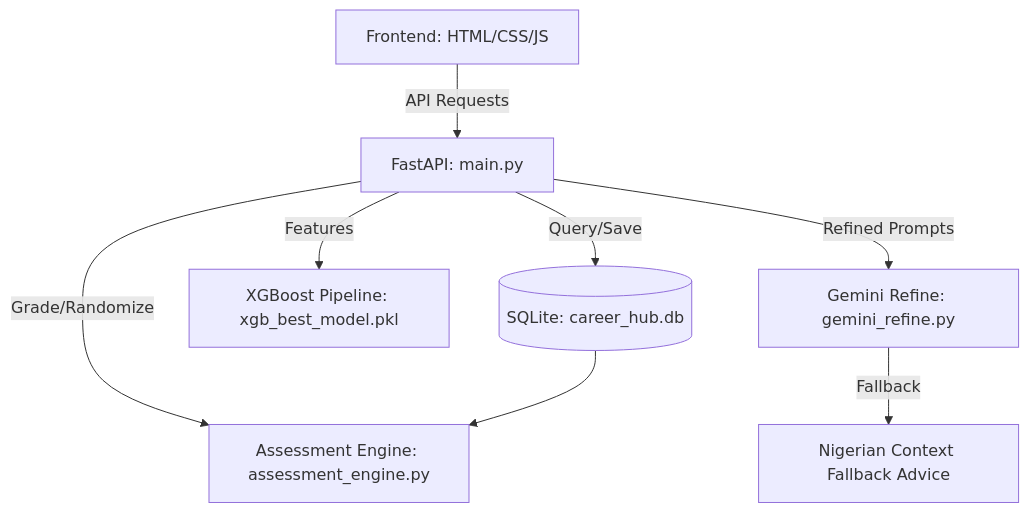
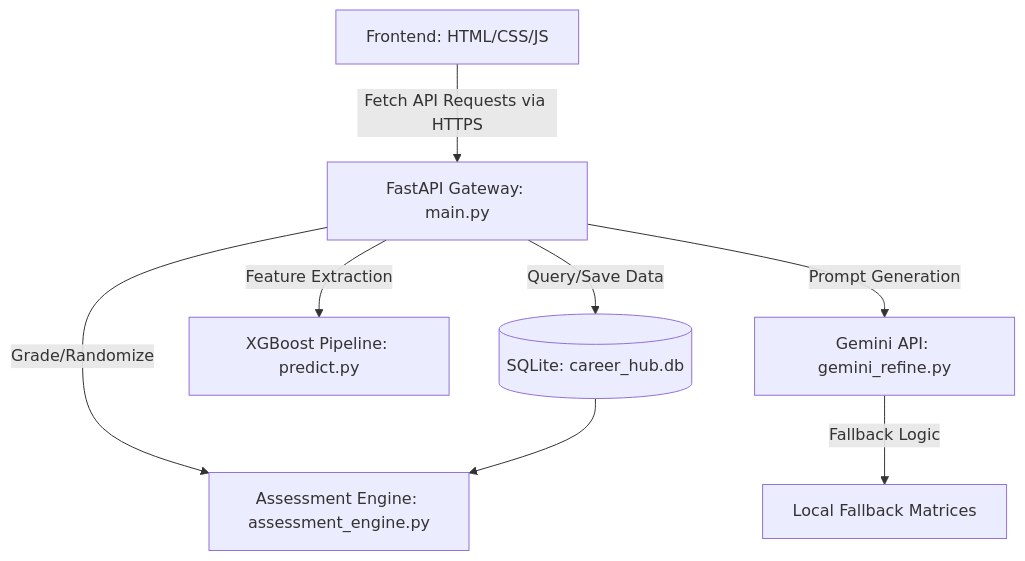
Before and after one commit to falemujohn98-sudo/-Smart-career-predictor-Code-: the first of 4 diagrams in README.md, drawn with Mermaid. The commit also changed other lines of this file, not shown here.

````diff
--- a/README.md
+++ b/README.md
@@ -13,10 +13,10 @@
 ```mermaid
 graph TD
-    UI[Frontend: HTML/CSS/JS] -->|API Requests| API[FastAPI: main.py]
-    API -->|Query/Save| DB[(SQLite: career_hub.db)]
+    UI[Frontend: HTML/CSS/JS] -->|Fetch API Requests via HTTPS| API[FastAPI Gateway: main.py]
+    API -->|Query/Save Data| DB[(SQLite: career_hub.db)]
     API -->|Grade/Randomize| Eng[Assessment Engine: assessment_engine.py]
-    API -->|Features| ML[XGBoost Pipeline: xgb_best_model.pkl]
-    API -->|Refined Prompts| AI[Gemini Refine: gemini_refine.py]
-    AI -->|Fallback| Lcl[Nigerian Context Fallback Advice]
+    API -->|Feature Extraction| ML[XGBoost Pipeline: predict.py]
+    API -->|Prompt Generation| AI[Gemini API: gemini_refine.py]
+    AI -->|Fallback Logic| Lcl[Local Fallback Matrices]
     DB --> Eng
 ```
````
